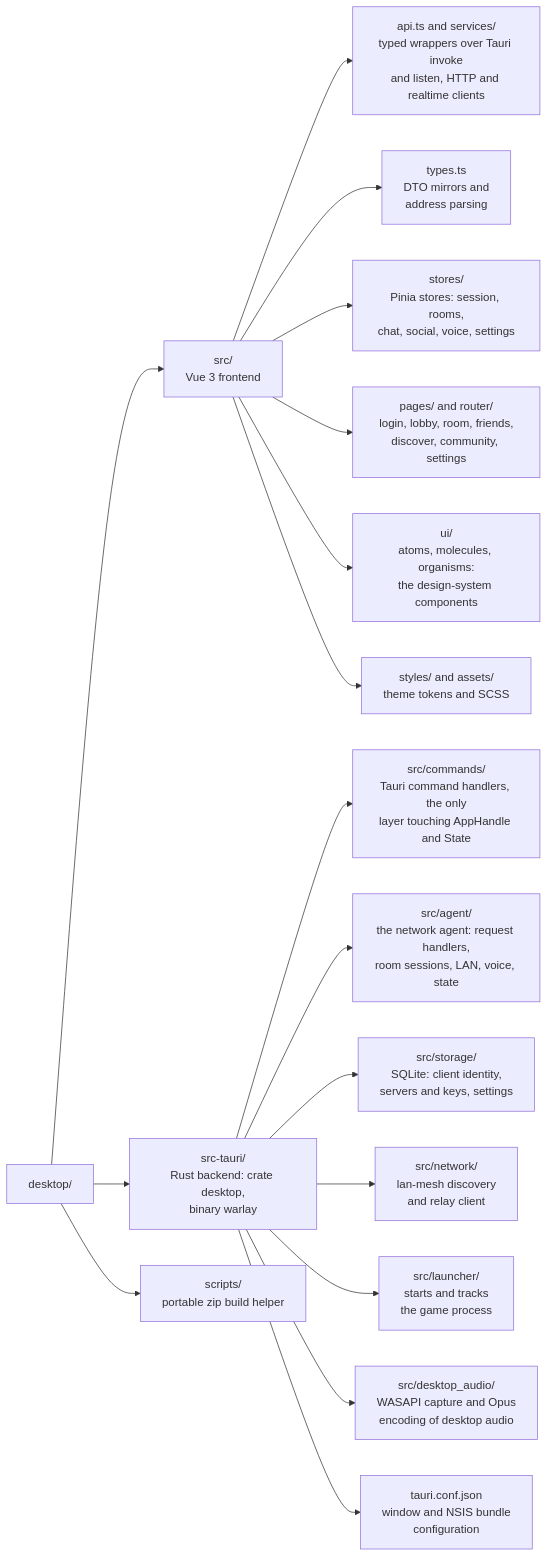
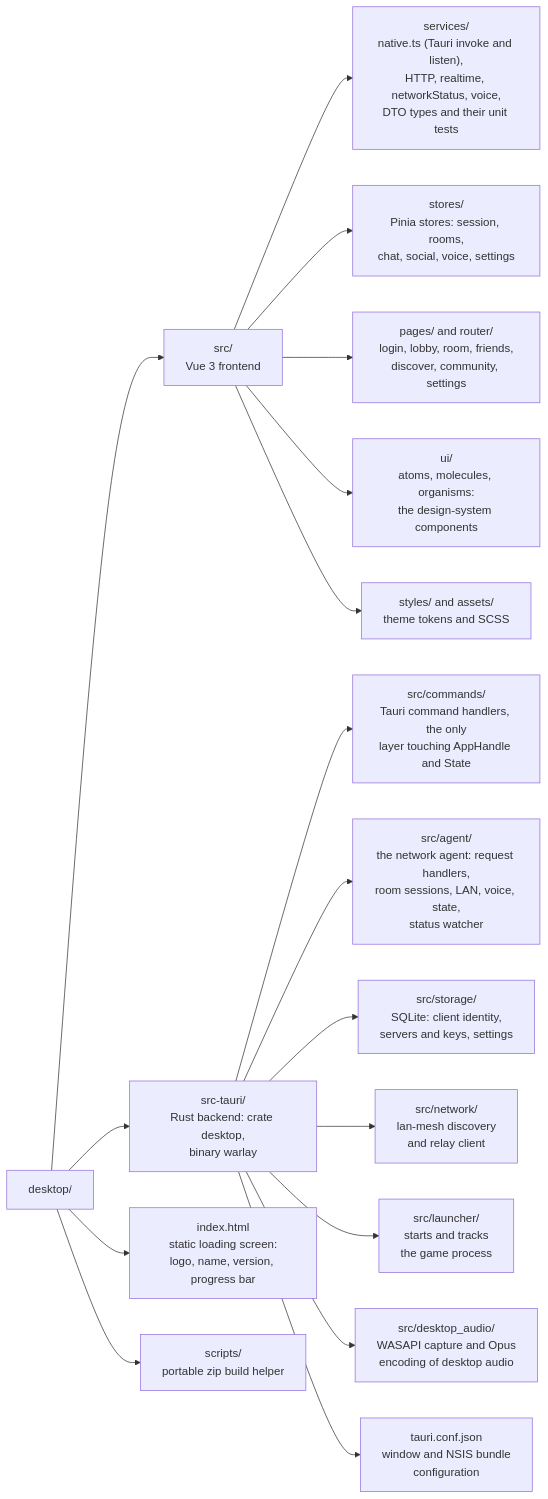
Before and after one commit to jhonsferg/warlay: the first of 2 diagrams in desktop/README.md, drawn with Mermaid. The commit also changed other lines of this file, not shown here.

Commit message:
docs: actualiza los diagramas del cliente y agrega el flujo en runtime

````diff
--- a/desktop/README.md
+++ b/desktop/README.md
@@ -40,23 +40,23 @@
 ```mermaid
 flowchart LR
     root["desktop/"]
 
     root --> frontend["src/<br/>Vue 3 frontend"]
-    frontend --> api["api.ts and services/<br/>typed wrappers over Tauri invoke<br/>and listen, HTTP and realtime clients"]
-    frontend --> types["types.ts<br/>DTO mirrors and<br/>address parsing"]
+    frontend --> services["services/<br/>native.ts (Tauri invoke and listen),<br/>HTTP, realtime, networkStatus, voice,<br/>DTO types and their unit tests"]
     frontend --> store["stores/<br/>Pinia stores: session, rooms,<br/>chat, social, voice, settings"]
     frontend --> pages["pages/ and router/<br/>login, lobby, room, friends,<br/>discover, community, settings"]
     frontend --> ui["ui/<br/>atoms, molecules, organisms:<br/>the design-system components"]
     frontend --> styles["styles/ and assets/<br/>theme tokens and SCSS"]
 
     root --> backend["src-tauri/<br/>Rust backend: crate desktop,<br/>binary warlay"]
     backend --> commands["src/commands/<br/>Tauri command handlers, the only<br/>layer touching AppHandle and State"]
-    backend --> agent["src/agent/<br/>the network agent: request handlers,<br/>room sessions, LAN, voice, state"]
+    backend --> agent["src/agent/<br/>the network agent: request handlers,<br/>room sessions, LAN, voice, state,<br/>status watcher"]
     backend --> clientStorage["src/storage/<br/>SQLite: client identity,<br/>servers and keys, settings"]
     backend --> network["src/network/<br/>lan-mesh discovery<br/>and relay client"]
     backend --> launcher["src/launcher/<br/>starts and tracks<br/>the game process"]
     backend --> audio["src/desktop_audio/<br/>WASAPI capture and Opus<br/>encoding of desktop audio"]
     backend --> tauriConf["tauri.conf.json<br/>window and NSIS bundle<br/>configuration"]
 
+    root --> splash["index.html<br/>static loading screen:<br/>logo, name, version, progress bar"]
     root --> scripts["scripts/<br/>portable zip build helper"]
 ```
````
